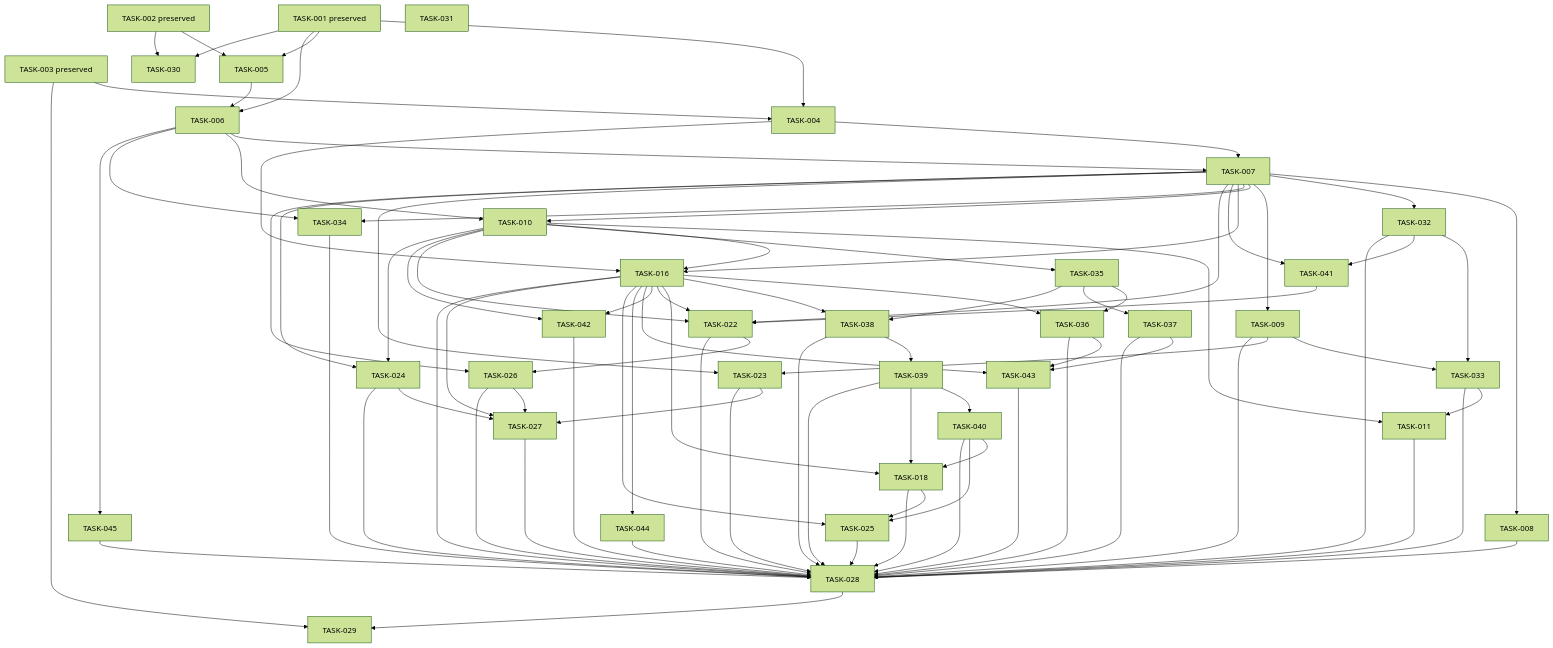
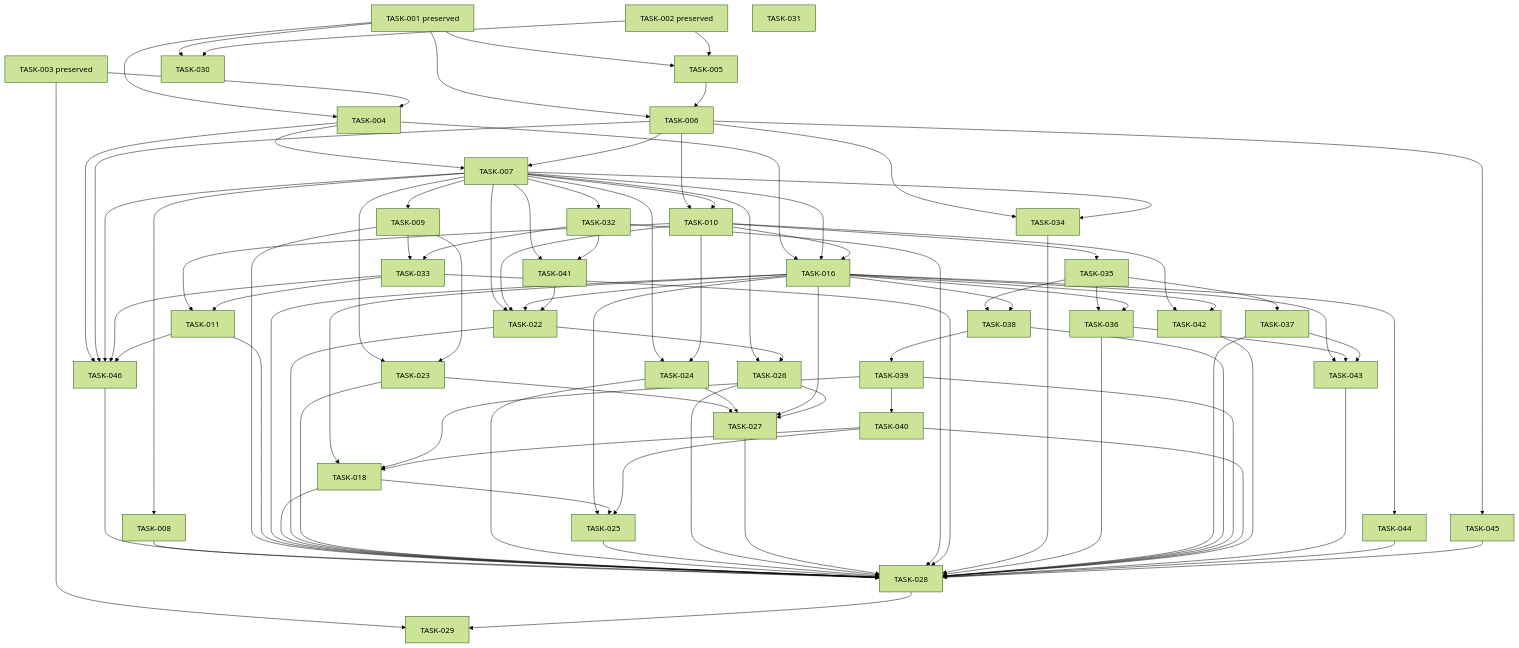
Before and after one commit to viethoang4254/english-tutoring-platform: the diagram in docs/TASK_BREAKDOWN.md, drawn with Mermaid (forest theme). The commit also changed other lines of this file and 12 other files, not shown here.

Commit message:
feat: prepare teacher certificates schema v2

```diff
--- a/docs/TASK_BREAKDOWN.md
+++ b/docs/TASK_BREAKDOWN.md
@@ -829,6 +850,12 @@
     T1 --> T5
     T2 --> T5
     T1 --> T6
+    T4 --> T46["TASK-046"]
+    T6 --> T46
+    T7 --> T46
+    T33 --> T46
+    T11 --> T46
+    T46 --> T28
     T5 --> T6
     T4 --> T7
     T6 --> T7
```
